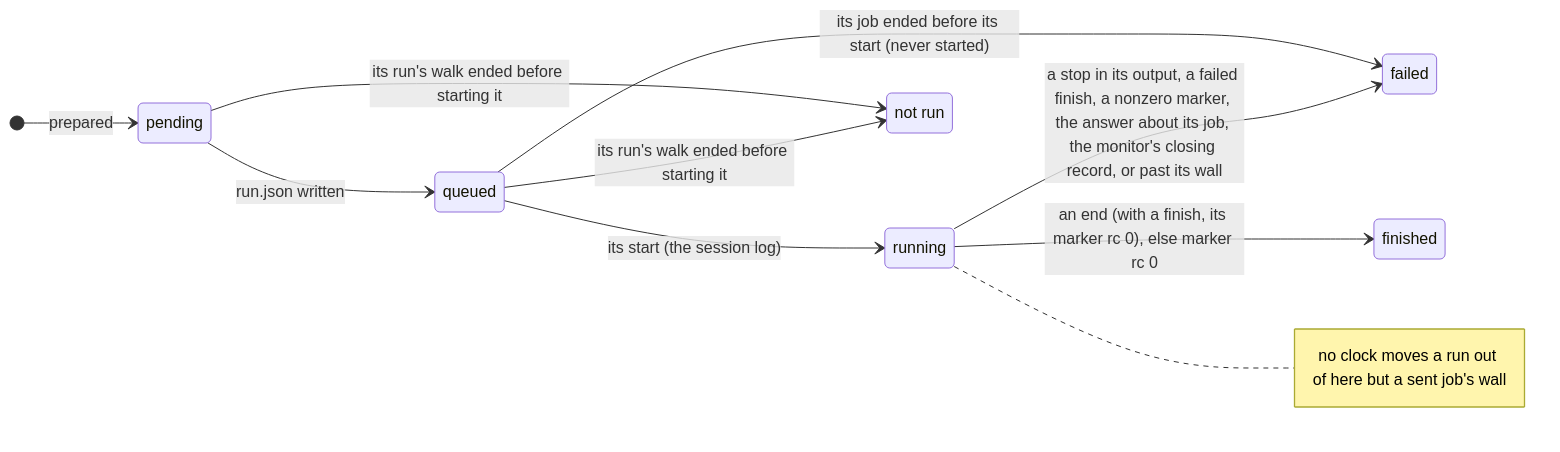
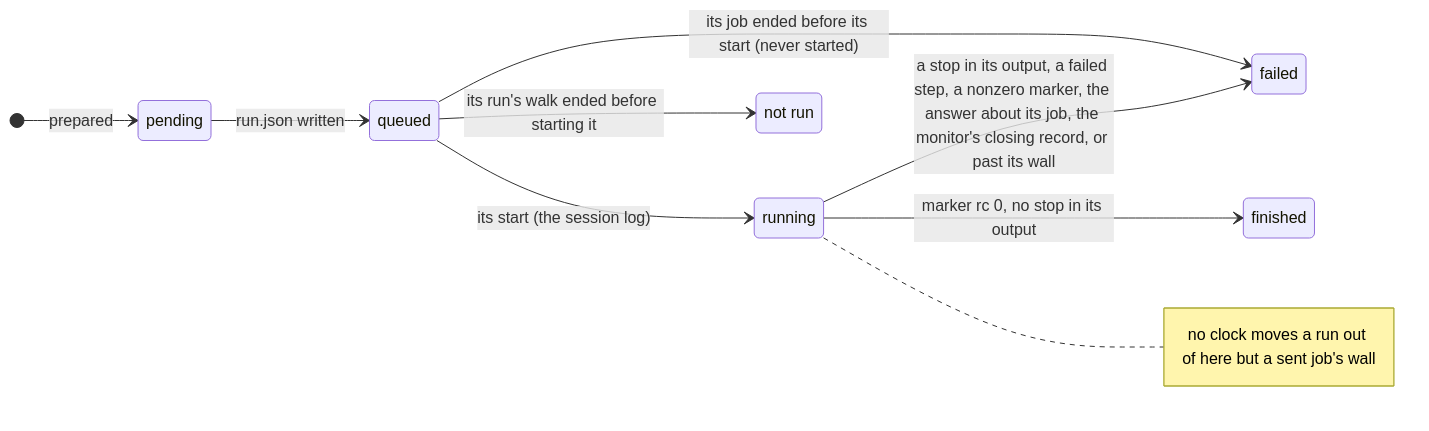
Before and after one commit to Qing-LAB/molbuilder: the fourth of 5 diagrams in docs/execution/running-a-job.md, drawn with Mermaid. The commit also changed other lines of this file and 30 other files, not shown here.

````diff
--- a/docs/execution/running-a-job.md
+++ b/docs/execution/running-a-job.md
@@ -980,14 +925,13 @@
 ```mermaid
 stateDiagram-v2
     direction LR
     [*] --> pending: prepared
     pending --> queued: run.json written
     queued --> running: its start (the session log)
     queued --> failed: its job ended before its start (never started)
-    running --> finished: an end (with a finish, its marker rc 0), else marker rc 0
-    running --> failed: a stop in its output, a failed finish, a nonzero marker, the answer about its job, the monitor's closing record, or past its wall
-    pending --> notrun: its run's walk ended before starting it
+    running --> finished: marker rc 0, no stop in its output
+    running --> failed: a stop in its output, a failed step, a nonzero marker, the answer about its job, the monitor's closing record, or past its wall
     queued --> notrun: its run's walk ended before starting it
     notrun: not run
     note right of running: no clock moves a run out of here but a sent job's wall
 ```
````
